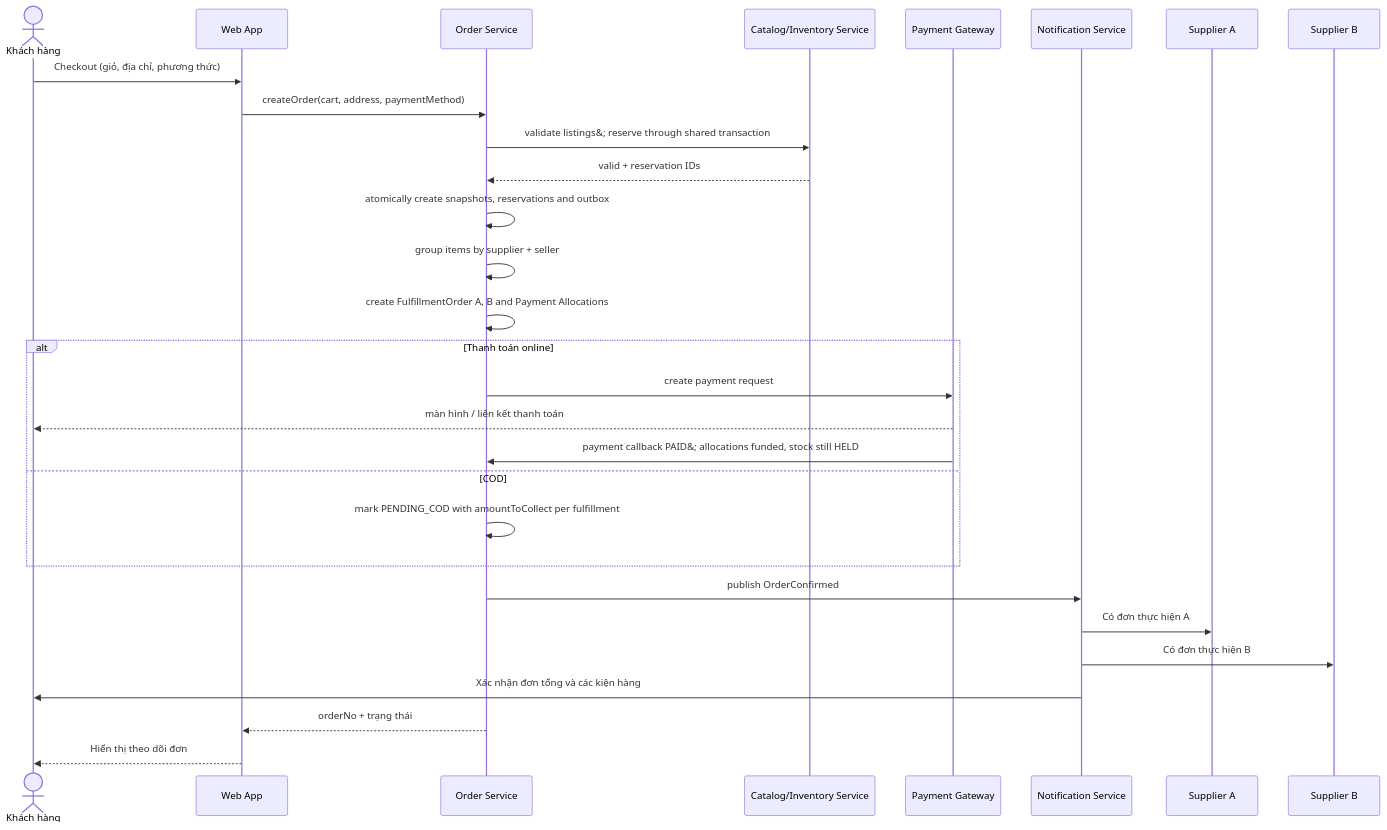
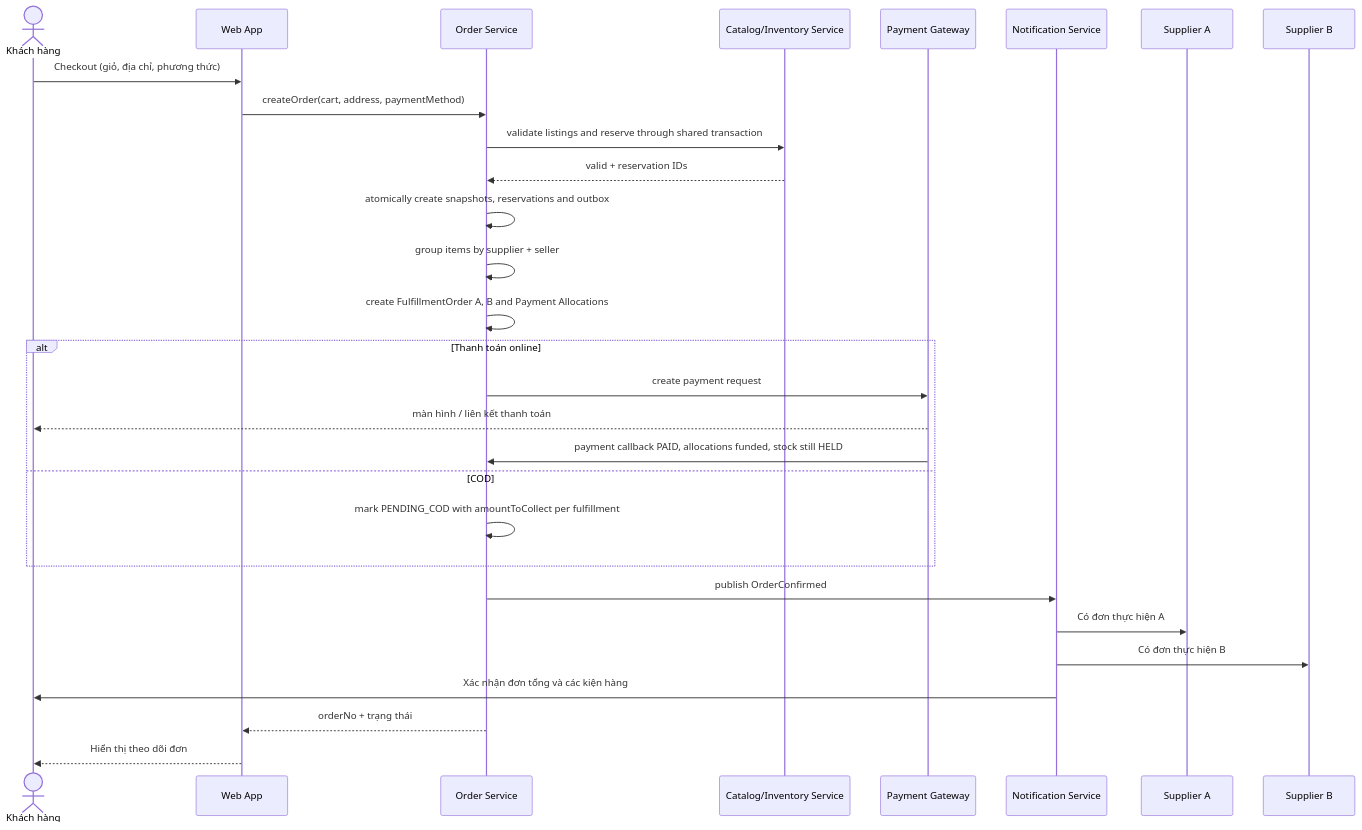
One commit to NguyenVoLyDo/Project-XD-and-PTPM changed the diagram in docs/mermaid/11-checkout-multi-supplier-sequence.mmd. Above: the diagram before and after it, drawn with Mermaid. The commit also changed 4 other files, not shown here.

Commit message:
sửa các diagram còn bị lỗi hiển thị

```diff
--- a/docs/mermaid/11-checkout-multi-supplier-sequence.mmd
+++ b/docs/mermaid/11-checkout-multi-supplier-sequence.mmd
@@ -1,30 +1,30 @@
 sequenceDiagram
   actor C as Khách hàng
   participant Web as Web App
   participant Order as Order Service
   participant Catalog as Catalog/Inventory Service
   participant Pay as Payment Gateway
   participant Notify as Notification Service
   participant S1 as Supplier A
   participant S2 as Supplier B
 
   C->>Web: Checkout (giỏ, địa chỉ, phương thức)
   Web->>Order: createOrder(cart, address, paymentMethod)
-  Order->>Catalog: validate listings&#59; reserve through shared transaction
+  Order->>Catalog: validate listings and reserve through shared transaction
   Catalog-->>Order: valid + reservation IDs
   Order->>Order: atomically create snapshots, reservations and outbox
   Order->>Order: group items by supplier + seller
   Order->>Order: create FulfillmentOrder A, B and Payment Allocations
   alt Thanh toán online
     Order->>Pay: create payment request
     Pay-->>C: màn hình / liên kết thanh toán
-    Pay->>Order: payment callback PAID&#59; allocations funded, stock still HELD
+    Pay->>Order: payment callback PAID, allocations funded, stock still HELD
   else COD
     Order->>Order: mark PENDING_COD with amountToCollect per fulfillment
   end
   Order->>Notify: publish OrderConfirmed
   Notify->>S1: Có đơn thực hiện A
   Notify->>S2: Có đơn thực hiện B
   Notify->>C: Xác nhận đơn tổng và các kiện hàng
   Order-->>Web: orderNo + trạng thái
   Web-->>C: Hiển thị theo dõi đơn
```
